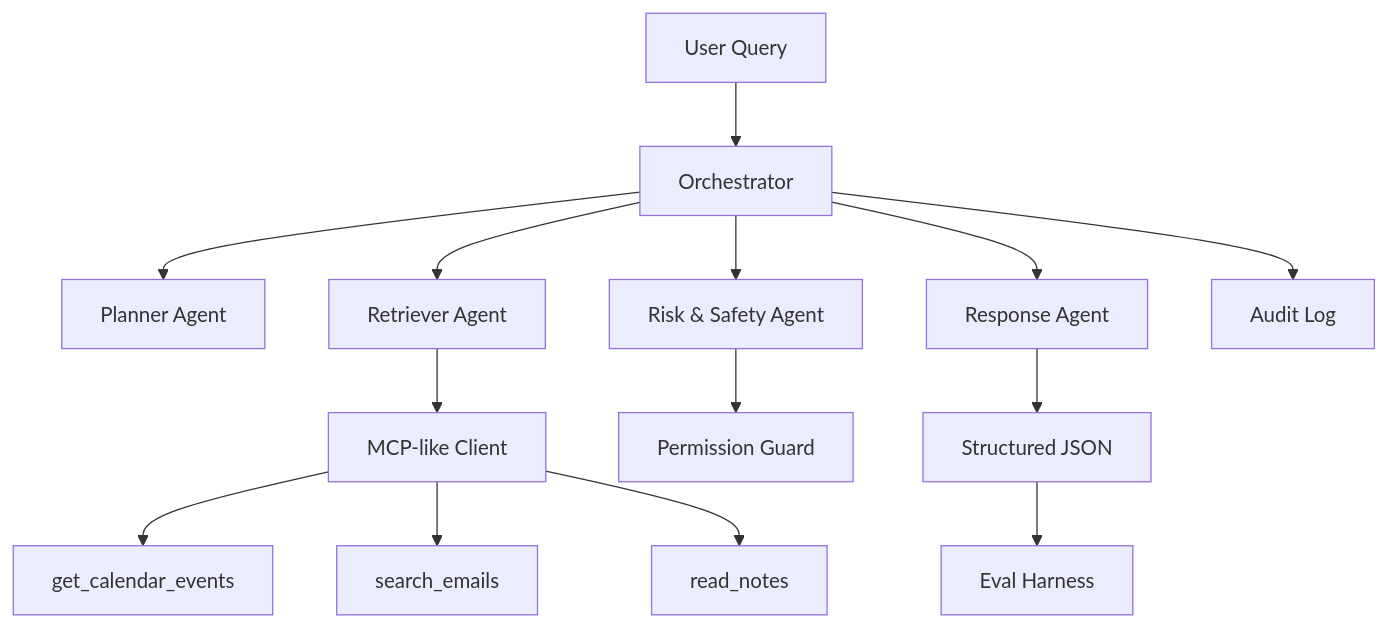
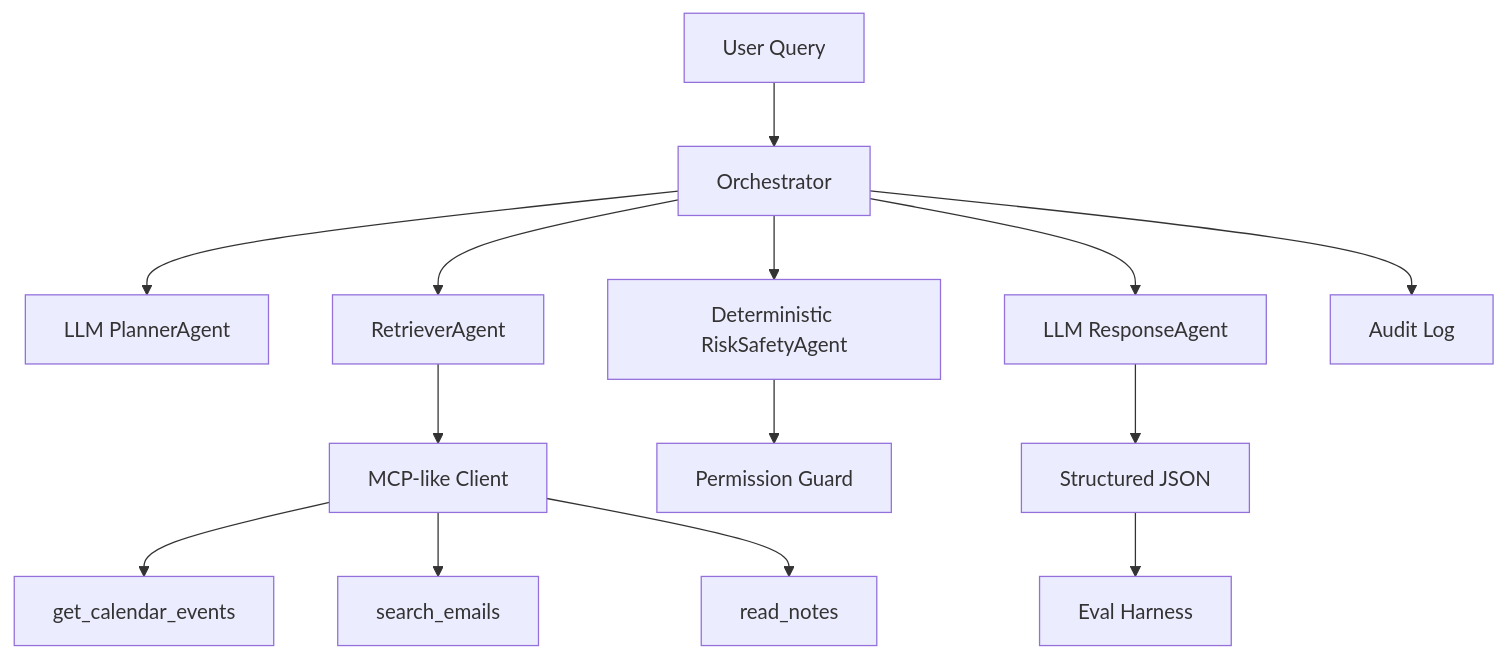
One commit to XuetingDeng/AIHelper changed the diagram in docs/architecture.md. Above: the diagram before and after it, drawn with Mermaid. The commit also changed other lines of this file and 15 other files, not shown here.

Commit message:
add llm model in planner and response part

````diff
--- a/docs/architecture.md
+++ b/docs/architecture.md
@@ -3,16 +3,16 @@
 ```mermaid
 flowchart TD
   U[User Query] --> O[Orchestrator]
-  O --> P[Planner Agent]
-  O --> R[Retriever Agent]
-  O --> S[Risk & Safety Agent]
-  O --> A[Response Agent]
+  O --> P[LLM PlannerAgent]
+  O --> R[RetrieverAgent]
+  O --> S[Deterministic RiskSafetyAgent]
+  O --> A[LLM ResponseAgent]
   R --> M[MCP-like Client]
   M --> C[get_calendar_events]
   M --> E[search_emails]
   M --> N[read_notes]
   S --> G[Permission Guard]
   A --> J[Structured JSON]
   O --> L[Audit Log]
   J --> V[Eval Harness]
 ```
````
